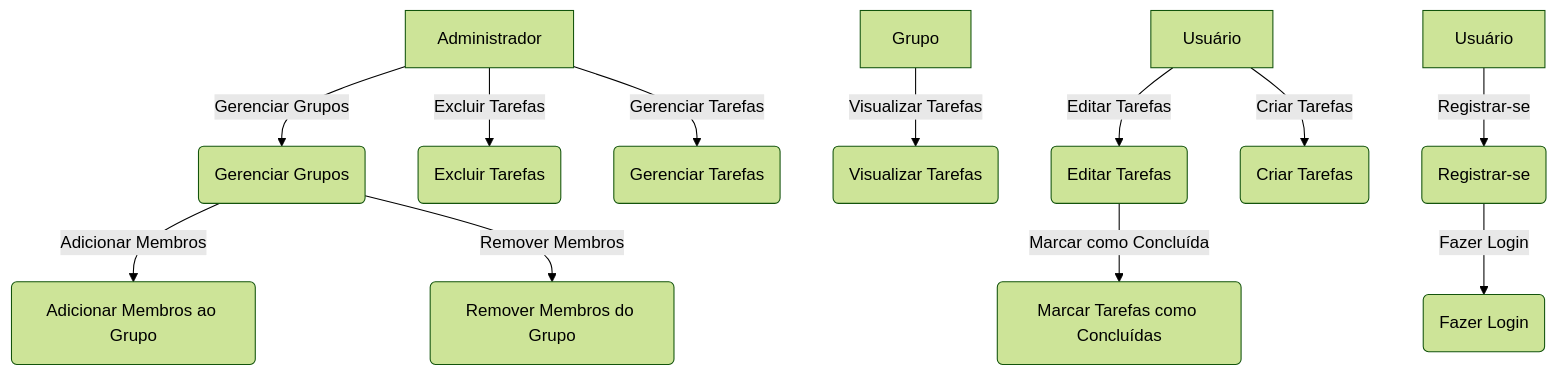
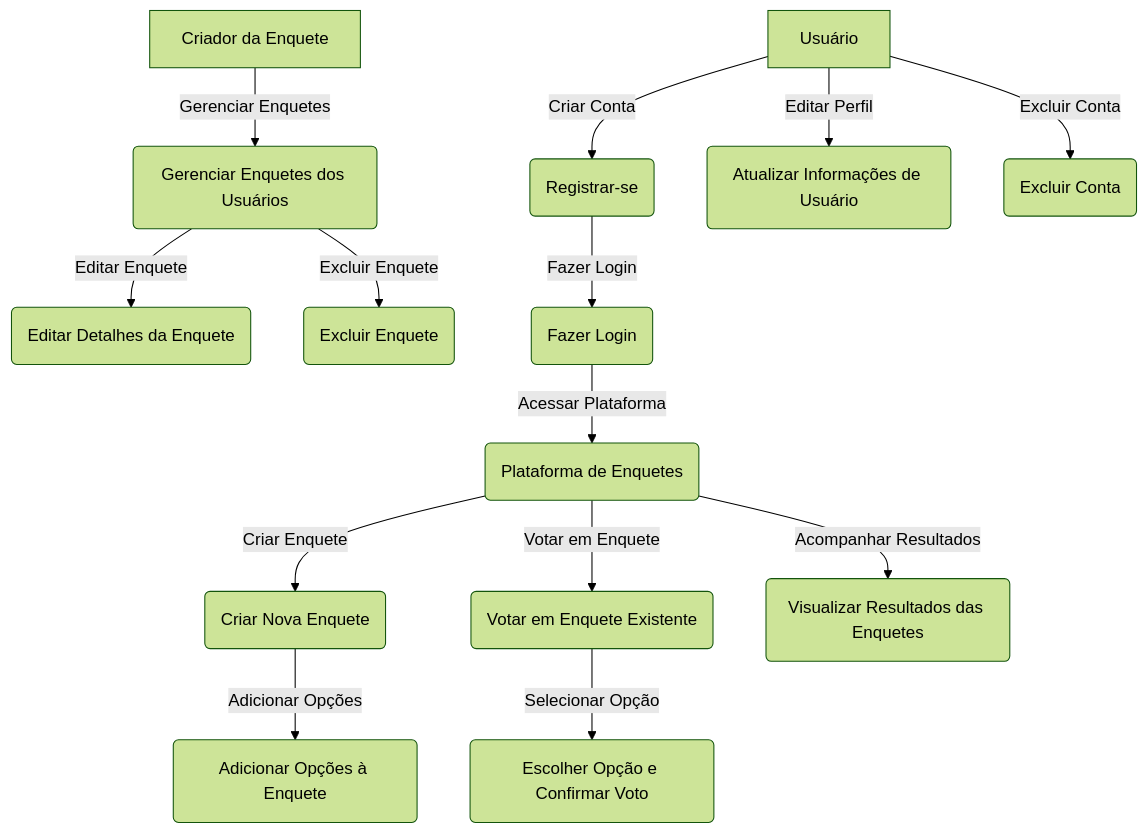
Before and after one commit to epicestudar/Votefy: the third of 4 diagrams in README.md, drawn with Mermaid (forest theme). The commit also changed other lines of this file, not shown here.

````diff
--- a/README.md
+++ b/README.md
@@ -158,16 +156,22 @@
 ```mermaid
 flowchart TD
-    A[Administrador] -->|Gerenciar Grupos| B(Gerenciar Grupos)
-    B -->|Adicionar Membros| C(Adicionar Membros ao Grupo)
-    B -->|Remover Membros| D(Remover Membros do Grupo)
-    A -->|Excluir Tarefas| E(Excluir Tarefas)
-    A -->|Gerenciar Tarefas| F(Gerenciar Tarefas)
+    U[Usuário] -->|Criar Conta| A(Registrar-se)
+    A -->|Fazer Login| B(Fazer Login)
+    B -->|Acessar Plataforma| C(Plataforma de Enquetes)
     
-    G[Grupo] -->|Visualizar Tarefas| H(Visualizar Tarefas)
-    J[Usuário] -->|Editar Tarefas| I(Editar Tarefas)
-    I -->|Marcar como Concluída| J1(Marcar Tarefas como Concluídas)
-    J -->|Criar Tarefas| K(Criar Tarefas)
+    C -->|Criar Enquete| D(Criar Nova Enquete)
+    D -->|Adicionar Opções| E(Adicionar Opções à Enquete)
     
-    L[Usuário] -->|Registrar-se| M(Registrar-se)
-    M -->|Fazer Login| N(Fazer Login)
+    C -->|Votar em Enquete| F(Votar em Enquete Existente)
+    F -->|Selecionar Opção| G(Escolher Opção e Confirmar Voto)
+    
+    C -->|Acompanhar Resultados| H(Visualizar Resultados das Enquetes)
+    
+    I[Criador da Enquete] -->|Gerenciar Enquetes| J(Gerenciar Enquetes dos Usuários)
+    J -->|Editar Enquete| K(Editar Detalhes da Enquete)
+    J -->|Excluir Enquete| L(Excluir Enquete)
+    
+    U -->|Editar Perfil| M(Atualizar Informações de Usuário)
+    U -->|Excluir Conta| N(Excluir Conta)
+
 ```
````
